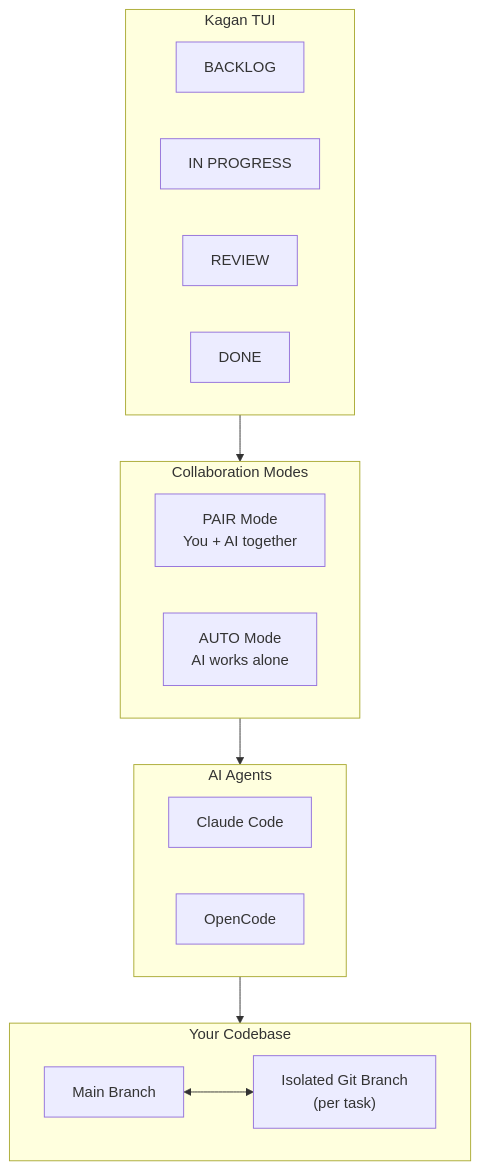
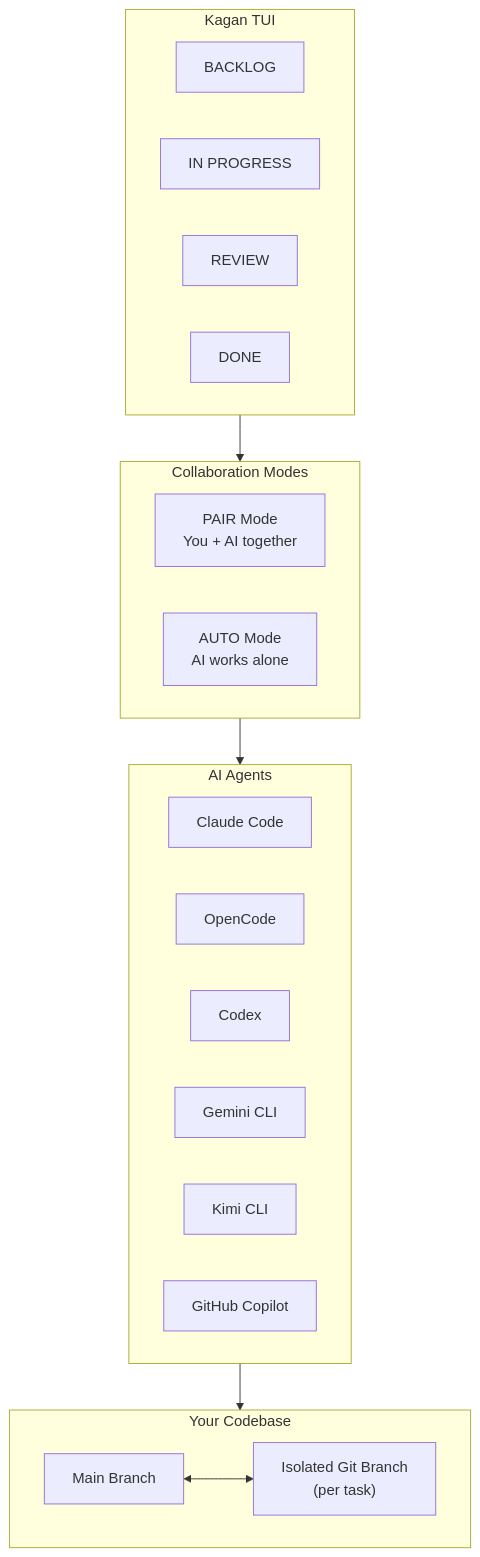
The first of 2 diagrams in docs/index.md (kagan-sh/kagan-legacy), drawn with Mermaid before and after one commit. The commit also changed other lines of this file and 7 other files, not shown here.

````diff
--- a/docs/index.md
+++ b/docs/index.md
@@ -182,32 +182,36 @@
 ```mermaid
 flowchart TB
     subgraph TUI["Kagan TUI"]
         direction LR
         B[BACKLOG]
         I[IN PROGRESS]
         R[REVIEW]
         D[DONE]
     end
 
     TUI --> Modes
 
     subgraph Modes["Collaboration Modes"]
         PAIR["PAIR Mode<br/>You + AI together"]
         AUTO["AUTO Mode<br/>AI works alone"]
     end
 
     Modes --> Agents
 
     subgraph Agents["AI Agents"]
         Claude["Claude Code"]
         OpenCode["OpenCode"]
+        Codex["Codex"]
+        Gemini["Gemini CLI"]
+        Kimi["Kimi CLI"]
+        Copilot["GitHub Copilot"]
     end
 
     Agents --> Code
 
     subgraph Code["Your Codebase"]
         Main["Main Branch"]
         Worktree["Isolated Git Branch<br/>(per task)"]
         Main <--> Worktree
     end
 ```
````
